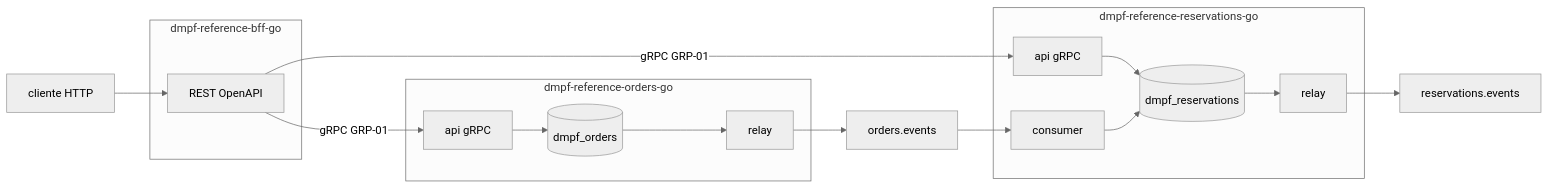
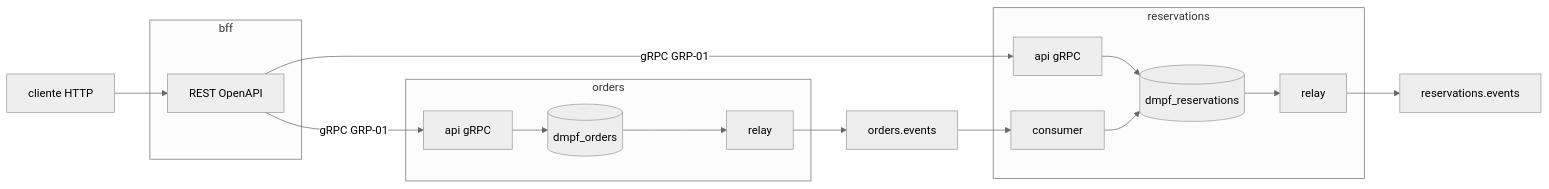
The diagram in docs/specs/SPEC-ACYKBF9V-dmpf-reference-bff-contextos.md (mateusmacedo/dmpf), drawn with Mermaid (neutral theme) before and after one commit. The commit also changed other lines of this file and 1500 other files, not shown here.

````diff
--- a/docs/specs/SPEC-ACYKBF9V-dmpf-reference-bff-contextos.md
+++ b/docs/specs/SPEC-ACYKBF9V-dmpf-reference-bff-contextos.md
@@ -200,28 +200,28 @@
 ```mermaid
 flowchart LR
   Client[cliente HTTP] --> BFF
-  subgraph bffApp [dmpf-reference-bff-go]
+  subgraph bffApp [bff]
     BFF[REST OpenAPI]
   end
-  subgraph ordersApp [dmpf-reference-orders-go]
+  subgraph ordersApp [orders]
     OrdersAPI[api gRPC]
     OrdersRelay[relay]
     OrdersDB[(dmpf_orders)]
   end
-  subgraph reservationsApp [dmpf-reference-reservations-go]
+  subgraph reservationsApp [reservations]
     ResAPI[api gRPC]
     ResRelay[relay]
     ResConsumer[consumer]
     ResDB[(dmpf_reservations)]
   end
   BFF -->|gRPC GRP-01| OrdersAPI
   BFF -->|gRPC GRP-01| ResAPI
   OrdersAPI --> OrdersDB
   OrdersDB --> OrdersRelay
   OrdersRelay --> OrdersEvents[orders.events]
   OrdersEvents --> ResConsumer
   ResAPI --> ResDB
   ResConsumer --> ResDB
   ResDB --> ResRelay
   ResRelay --> ReservationsEvents[reservations.events]
 ```
````
